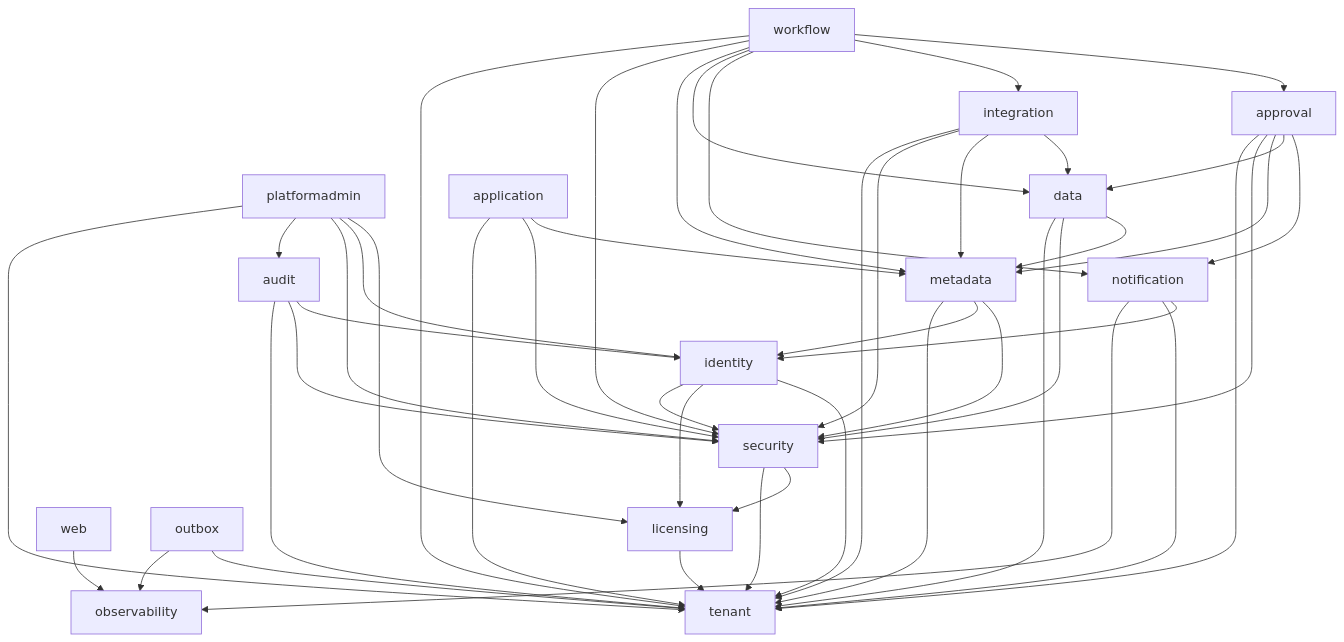
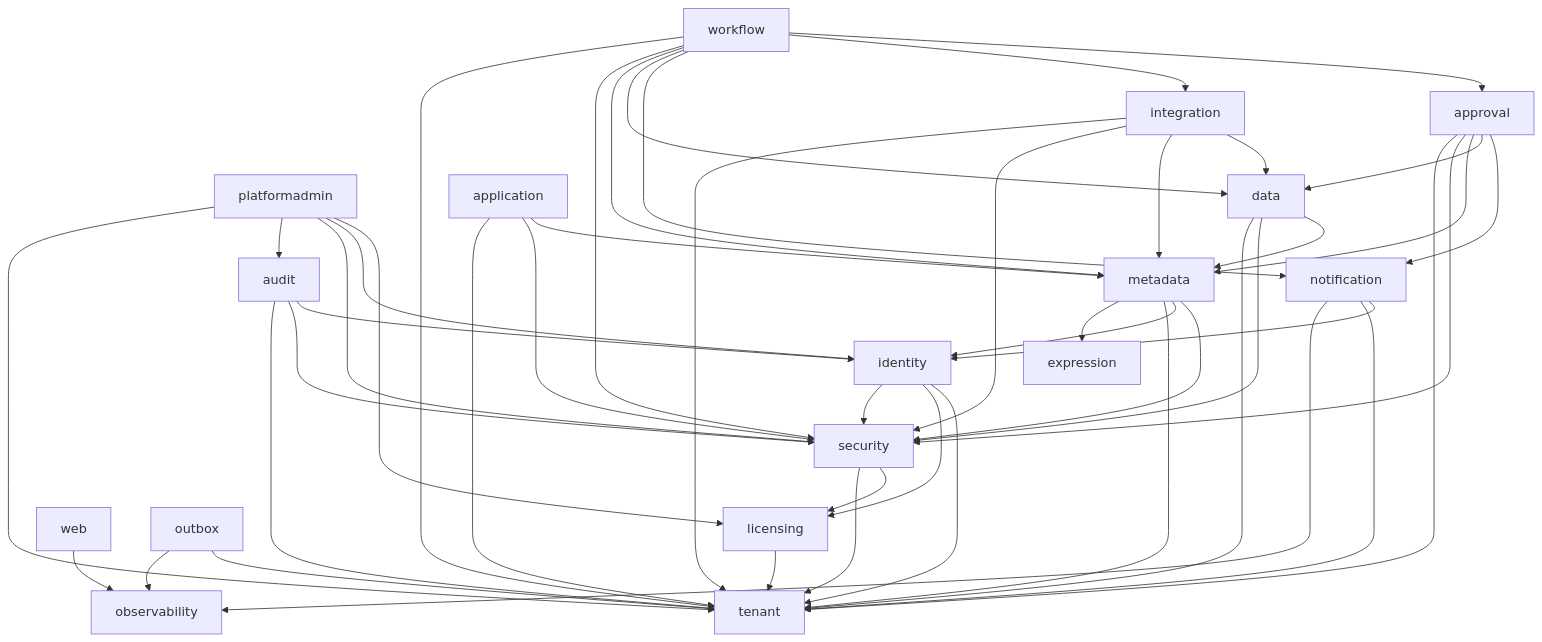
One commit to JKCloudbridge/SaaSJAVA changed the diagram in docs/modules.md. Above: the diagram before and after it, drawn with Mermaid. The commit also changed other lines of this file and 117 other files, not shown here.

````diff
--- a/docs/modules.md
+++ b/docs/modules.md
@@ -30,17 +31,17 @@
 ```mermaid
 graph TD
   platformadmin --> licensing & identity & security & audit & tenant
   audit --> identity & security & tenant
   workflow --> approval & integration & notification & data & metadata & security & tenant
   approval --> notification & data & metadata & security & tenant
   integration --> data & metadata & security & tenant
   data --> metadata & security & tenant
   application --> metadata & security & tenant
-  metadata --> security & identity & tenant
+  metadata --> security & identity & tenant & expression
   security --> licensing & tenant
   licensing --> tenant
   notification --> identity & tenant & observability
   identity --> tenant & licensing & security
   web --> observability
   outbox --> tenant & observability
 ```
````
